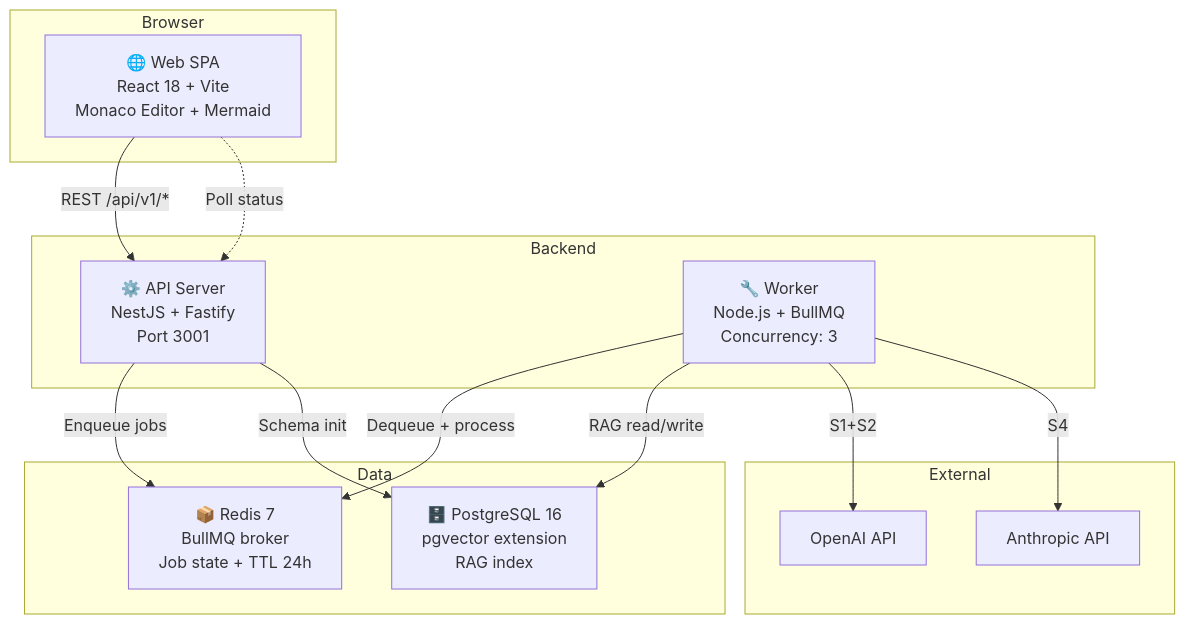
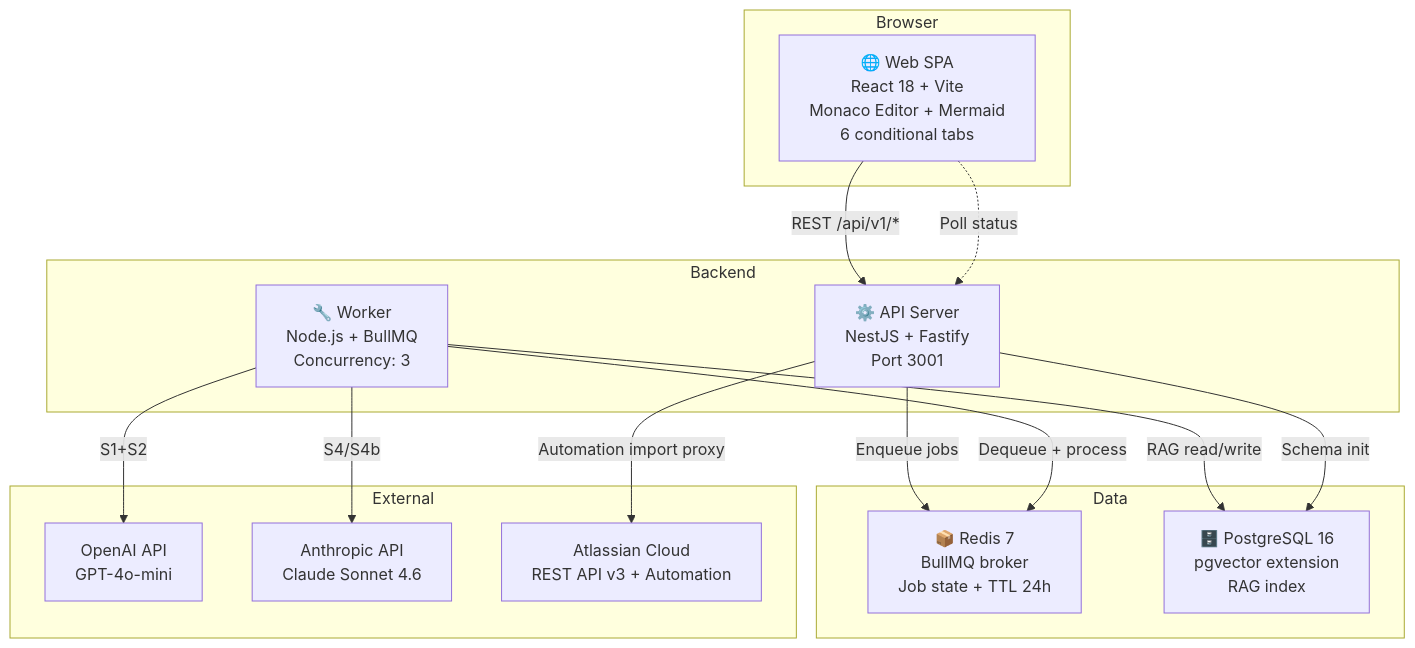
The second of 7 diagrams in docs/technical/architecture.md (mranerov-creator/AtlasReforge), drawn with Mermaid before and after one commit. The commit also changed other lines of this file and 3 other files, not shown here.

````diff
--- a/docs/technical/architecture.md
+++ b/docs/technical/architecture.md
@@ -35,30 +35,32 @@
 ```mermaid
 graph TB
     subgraph Browser
-        Web["🌐 Web SPA<br/>React 18 + Vite<br/>Monaco Editor + Mermaid"]
+        Web["🌐 Web SPA<br/>React 18 + Vite<br/>Monaco Editor + Mermaid<br/>6 conditional tabs"]
     end
-    
+
     subgraph Backend
         API["⚙️ API Server<br/>NestJS + Fastify<br/>Port 3001"]
         Worker["🔧 Worker<br/>Node.js + BullMQ<br/>Concurrency: 3"]
     end
-    
+
     subgraph Data
         Redis["📦 Redis 7<br/>BullMQ broker<br/>Job state + TTL 24h"]
         PG["🗄️ PostgreSQL 16<br/>pgvector extension<br/>RAG index"]
     end
-    
+
     subgraph External
-        OpenAI["OpenAI API"]
-        Anthropic["Anthropic API"]
+        OpenAI["OpenAI API<br/>GPT-4o-mini"]
+        Anthropic["Anthropic API<br/>Claude Sonnet 4.6"]
+        AtlassianCloud["Atlassian Cloud<br/>REST API v3 + Automation"]
     end
-    
+
     Web -->|"REST /api/v1/*"| API
     API -->|"Enqueue jobs"| Redis
     Worker -->|"Dequeue + process"| Redis
     Worker -->|"RAG read/write"| PG
     Worker -->|"S1+S2"| OpenAI
-    Worker -->|"S4"| Anthropic
+    Worker -->|"S4/S4b"| Anthropic
+    API -->|"Automation import proxy"| AtlassianCloud
     API -->|"Schema init"| PG
     Web -.->|"Poll status"| API
 ```
````
